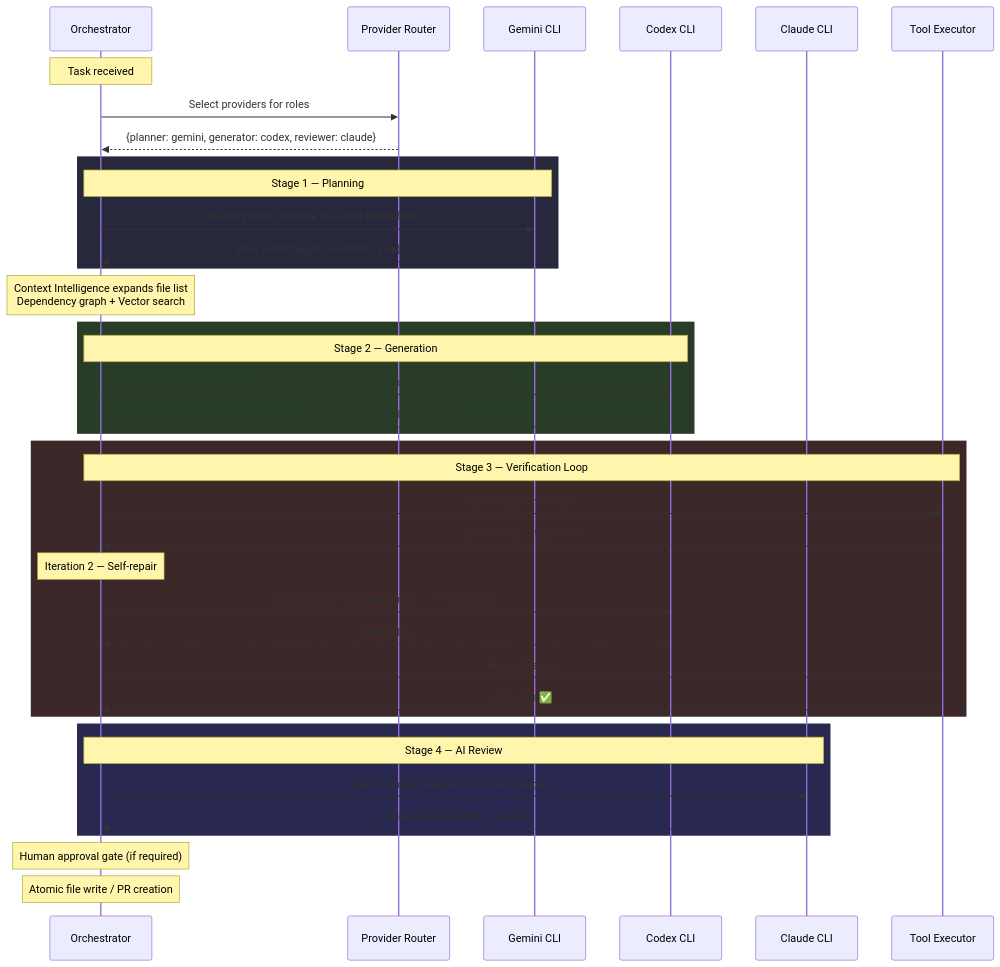
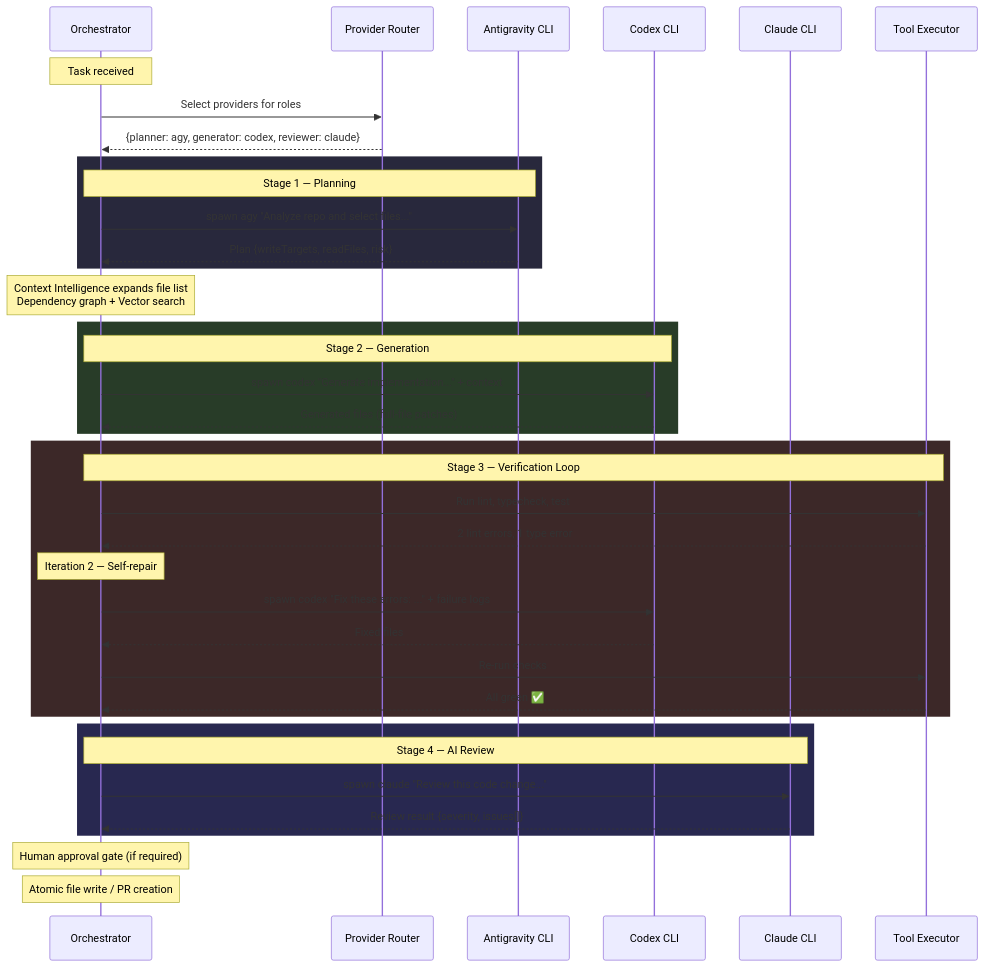
The third of 5 diagrams in README.md (nghiant96/Orchestra-AI-Platform), drawn with Mermaid before and after one commit. The commit also changed other lines of this file and 31 other files, not shown here.

Commit message:
refactor: rename gemini-cli provider to agy-cli across configurations, documentation, and tests

````diff
--- a/README.md
+++ b/README.md
@@ -110,48 +110,48 @@
 ```mermaid
 sequenceDiagram
     participant O as Orchestrator
     participant R as Provider Router
-    participant G as Gemini CLI
+    participant A as Antigravity CLI
     participant C as Codex CLI
     participant CL as Claude CLI
     participant T as Tool Executor
 
     Note over O: Task received
     O->>R: Select providers for roles
-    R-->>O: {planner: gemini, generator: codex, reviewer: claude}
+    R-->>O: {planner: agy, generator: codex, reviewer: claude}
 
     rect rgb(40, 40, 60)
-        Note over O,G: Stage 1 — Planning
-        O->>G: spawn gemini "Analyze repo and select files..."
-        G-->>O: Plan {writeTargets, readFiles, risk}
+        Note over O,A: Stage 1 — Planning
+        O->>A: spawn agy "Analyze repo and select files..."
+        A-->>O: Plan {writeTargets, readFiles, risk}
     end
 
     Note over O: Context Intelligence expands file list<br/>Dependency graph + Vector search
 
     rect rgb(40, 60, 40)
         Note over O,C: Stage 2 — Generation
         O->>C: spawn codex "Generate implementation..." + context
         C-->>O: Generated files (full-file patches)
     end
 
     rect rgb(60, 40, 40)
         Note over O,T: Stage 3 — Verification Loop
         O->>T: Run lint, typecheck, test
         T-->>O: 2 lint errors, 1 type error
 
         Note over O: Iteration 2 — Self-repair
         O->>C: spawn codex "Fix these errors: ..." + failure logs
         C-->>O: Fixed files
         O->>T: Re-run checks
         T-->>O: All green ✅
     end
 
     rect rgb(40, 40, 80)
         Note over O,CL: Stage 4 — AI Review
         O->>CL: spawn claude "Review this code change..."
         CL-->>O: Review result {severity, issues[]}
     end
 
     Note over O: Human approval gate (if required)
     Note over O: Atomic file write / PR creation
 ```
````
